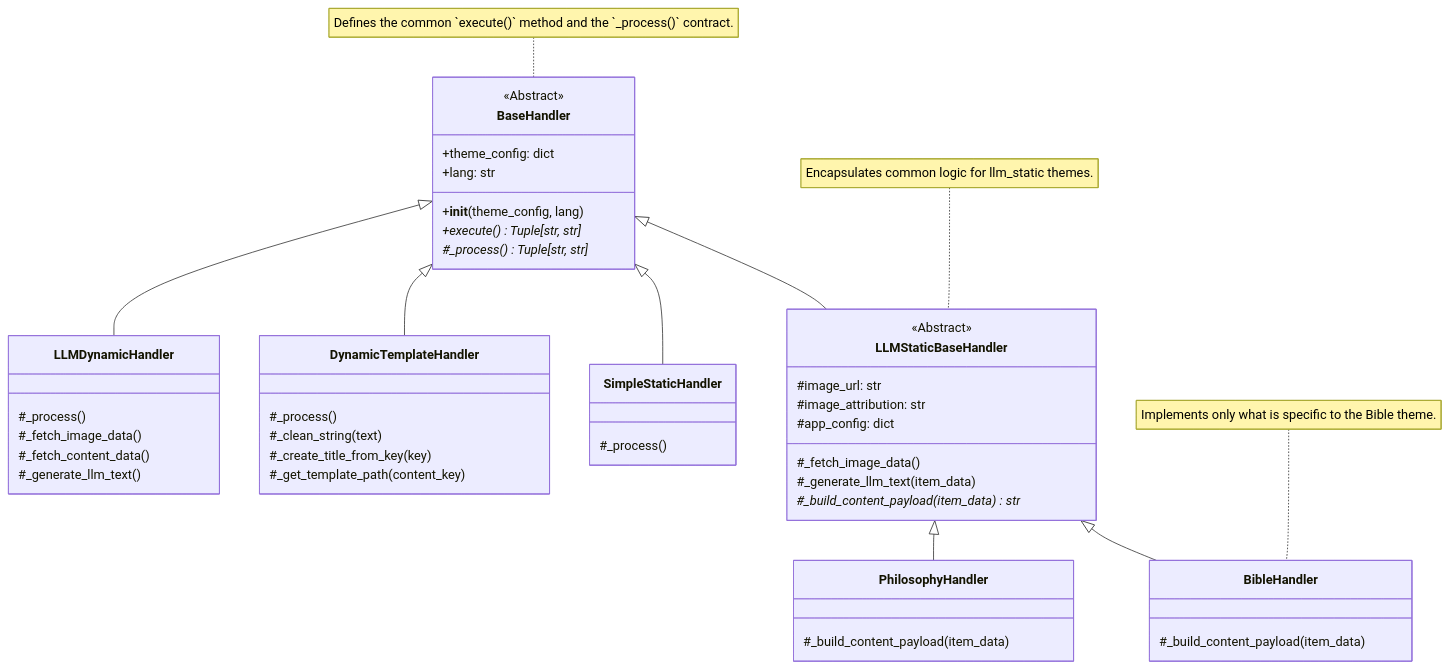
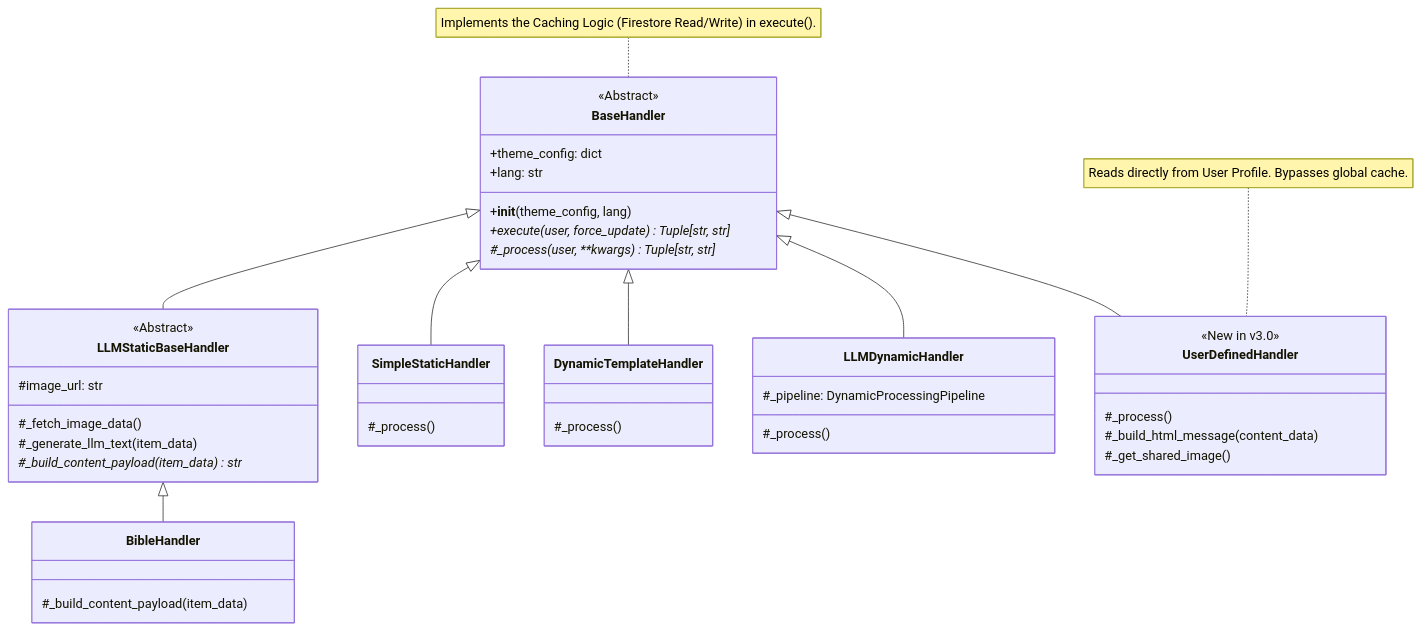
Before and after one commit to OpenXFlow/PulserBot: the diagram in docs/how_to/for_programmers/03_handler_interfaces.md, drawn with Mermaid. The commit also changed other lines of this file and 105 other files, not shown here.

First line of the commit message:
docs: update architecture to v3.0 (Hybrid) and add redirect hub

````diff
--- a/docs/how_to/for_programmers/03_handler_interfaces.md
+++ b/docs/how_to/for_programmers/03_handler_interfaces.md
@@ -13,61 +15,56 @@
 ```mermaid
 classDiagram
     direction TB
 
     class BaseHandler {
         <<Abstract>>
         +theme_config: dict
         +lang: str
         +__init__(theme_config, lang)
-        +execute()* Tuple[str, str]
-        #_process()* Tuple[str, str]
+        +execute(user, force_update)* Tuple[str, str]
+        #_process(user, **kwargs)* Tuple[str, str]
     }
 
     class LLMStaticBaseHandler {
         <<Abstract>>
         #image_url: str
-        #image_attribution: str
-        #app_config: dict
         #_fetch_image_data()
         #_generate_llm_text(item_data)
         #_build_content_payload(item_data)* str
     }
 
     class SimpleStaticHandler {
         #_process()
     }
     
+    class UserDefinedHandler {
+        <<New in v3.0>>
+        #_process()
+        #_build_html_message(content_data)
+        #_get_shared_image()
+    }
+    
     class DynamicTemplateHandler {
         #_process()
-        #_clean_string(text)
-        #_create_title_from_key(key)
-        #_get_template_path(content_key)
     }
 
     class LLMDynamicHandler {
         #_process()
-        #_fetch_image_data()
-        #_fetch_content_data()
-        #_generate_llm_text()
+        #_pipeline: DynamicProcessingPipeline
     }
 
     class BibleHandler {
         #_build_content_payload(item_data)
     }
     
-    class PhilosophyHandler {
-        #_build_content_payload(item_data)
-    }
-
     BaseHandler <|-- LLMStaticBaseHandler
     BaseHandler <|-- SimpleStaticHandler
     BaseHandler <|-- DynamicTemplateHandler
     BaseHandler <|-- LLMDynamicHandler
+    BaseHandler <|-- UserDefinedHandler
     
     LLMStaticBaseHandler <|-- BibleHandler
-    LLMStaticBaseHandler <|-- PhilosophyHandler
     
-    note for BaseHandler "Defines the common `execute()` method and the `_process()` contract."
-    note for LLMStaticBaseHandler "Encapsulates common logic for llm_static themes."
-    note for BibleHandler "Implements only what is specific to the Bible theme."
+    note for BaseHandler "Implements the Caching Logic (Firestore Read/Write) in execute()."
+    note for UserDefinedHandler "Reads directly from User Profile. Bypasses global cache."
 ```
````
